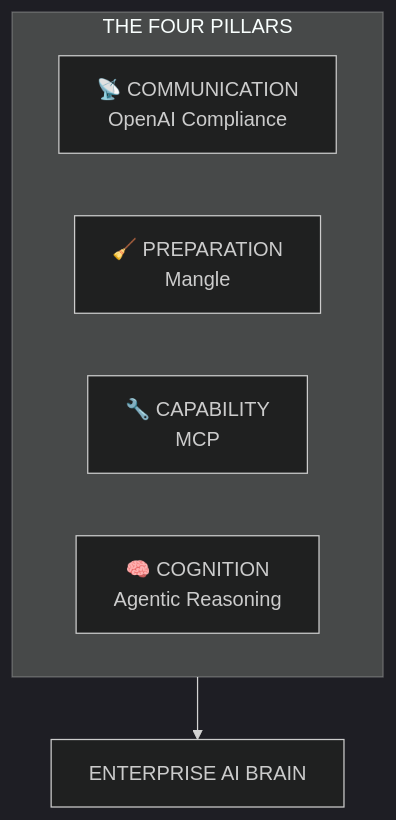
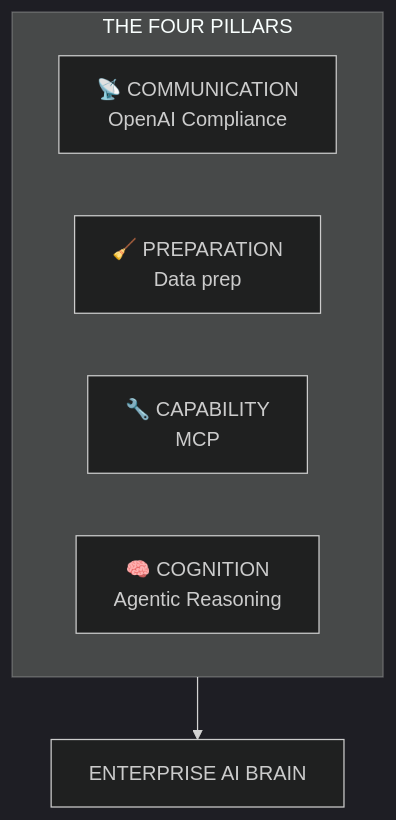
Before and after one commit to GJKarthik/sap-oss-v1: the first of 3 diagrams in docs/business-briefs/08-executive-summary.md, drawn with Mermaid (dark theme). The commit also changed other lines of this file and 2548 other files, not shown here.

````diff
--- a/docs/business-briefs/08-executive-summary.md
+++ b/docs/business-briefs/08-executive-summary.md
@@ -34,10 +34,10 @@
 ```mermaid
 flowchart TB
     subgraph Patterns["THE FOUR PILLARS"]
         COMM["📡 COMMUNICATION<br/>OpenAI Compliance"]
-        PREP["🧹 PREPARATION<br/>Mangle"]
+        PREP["🧹 PREPARATION<br/>Data prep"]
         CAP["🔧 CAPABILITY<br/>MCP"]
         COG["🧠 COGNITION<br/>Agentic Reasoning"]
     end
     Patterns --> Brain["ENTERPRISE AI BRAIN"]
 ```
````
